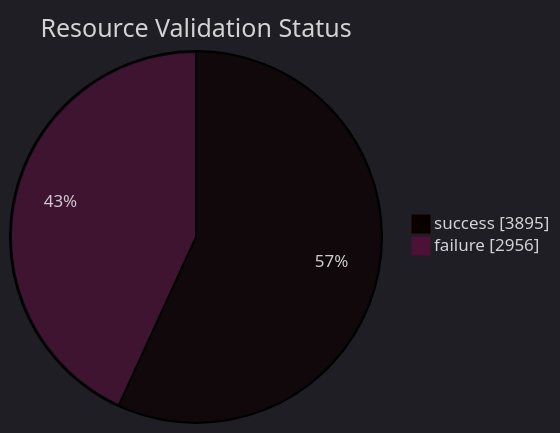
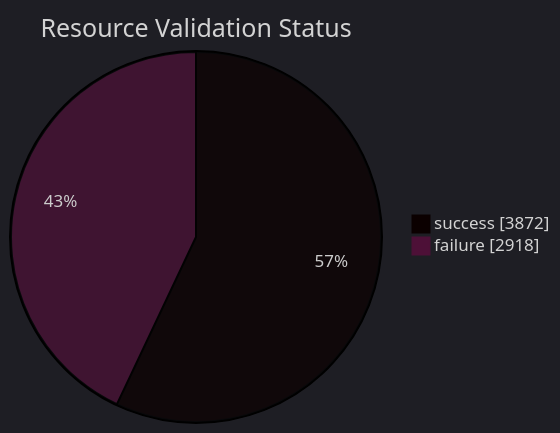
Before and after one commit to open-data/analytics-corporate-reporting: the diagram in datastore_tracker/resource_validation_status_pie_chart.md, drawn with Mermaid. The commit also changed 9 other files, not shown here.

````diff
--- a/datastore_tracker/resource_validation_status_pie_chart.md
+++ b/datastore_tracker/resource_validation_status_pie_chart.md
@@ -2,9 +2,9 @@
 ```mermaid
 ---
 config:
   theme: dark
 ---
 pie showData title Resource Validation Status
-    "success": 3895
-    "failure": 2956
+    "success": 3872
+    "failure": 2918
 ```
````
